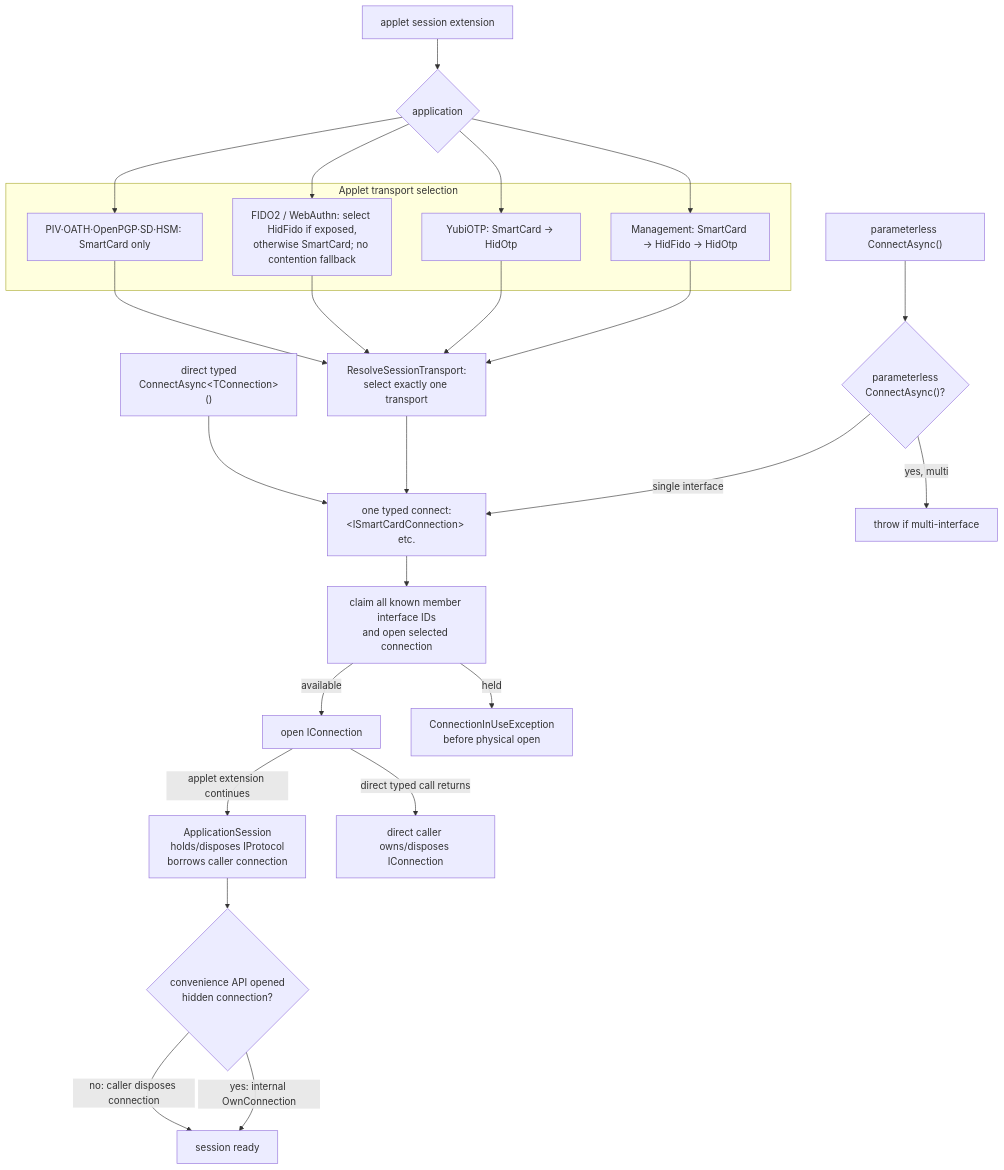
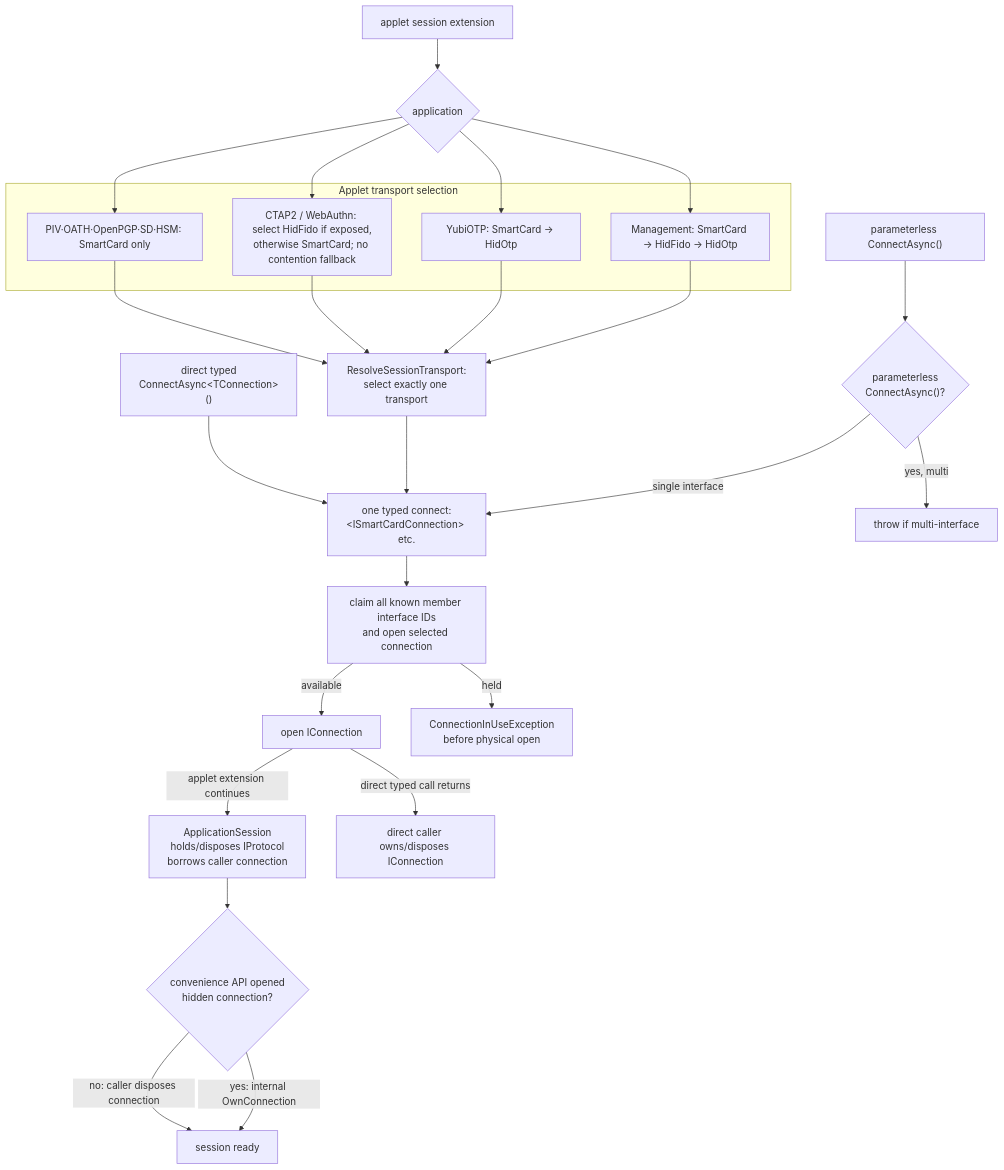
Before and after one commit to Yubico/Yubico.NET.SDK: the seventh of 7 diagrams in docs/architecture/sdk-architecture-diagrams.md, drawn with Mermaid. The commit also changed other lines of this file and 535 other files, not shown here.

````diff
--- a/docs/architecture/sdk-architecture-diagrams.md
+++ b/docs/architecture/sdk-architecture-diagrams.md
@@ -319,45 +319,45 @@
 ```mermaid
 flowchart TD
     Direct["direct typed<br/>ConnectAsync&lt;TConnection&gt;()"]
     Default["parameterless ConnectAsync()"]
     Q{"parameterless<br/>ConnectAsync()?"}
     Throw["throw if multi-interface"]
     Typed["one typed connect:<br/>&lt;ISmartCardConnection&gt; etc."]
     AppletEntry["applet session extension"]
     AppletKind{"application"}
 
     subgraph Applet["Applet transport selection"]
         M["Management: SmartCard → HidFido → HidOtp"]
         O["YubiOTP: SmartCard → HidOtp"]
-        F["FIDO2 / WebAuthn: select HidFido if exposed,<br/>otherwise SmartCard; no contention fallback"]
+        F["CTAP2 / WebAuthn: select HidFido if exposed,<br/>otherwise SmartCard; no contention fallback"]
         S["PIV·OATH·OpenPGP·SD·HSM: SmartCard only"]
     end
 
     Select["ResolveSessionTransport:<br/>select exactly one transport"]
     Attempt["claim all known member interface IDs<br/>and open selected connection"]
     Refuse["ConnectionInUseException<br/>before physical open"]
     Conn["open IConnection"]
     Caller["direct caller owns/disposes IConnection"]
     Session["ApplicationSession<br/>holds/disposes IProtocol<br/>borrows caller connection"]
     Own{"convenience API opened<br/>hidden connection?"}
     Ready["session ready"]
 
     Direct --> Typed
     Default --> Q
     Q -->|yes, multi| Throw
     Q -->|single interface| Typed
     AppletEntry --> AppletKind
     AppletKind --> M
     AppletKind --> O
     AppletKind --> F
     AppletKind --> S
     M & O & F & S --> Select
     Select --> Typed
     Typed --> Attempt
     Attempt -->|held| Refuse
     Attempt -->|available| Conn
     Conn -->|direct typed call returns| Caller
     Conn -->|applet extension continues| Session --> Own
     Own -->|yes: internal OwnConnection| Ready
     Own -->|no: caller disposes connection| Ready
 ```
````
